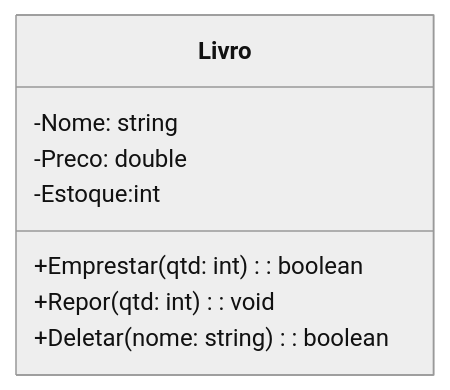
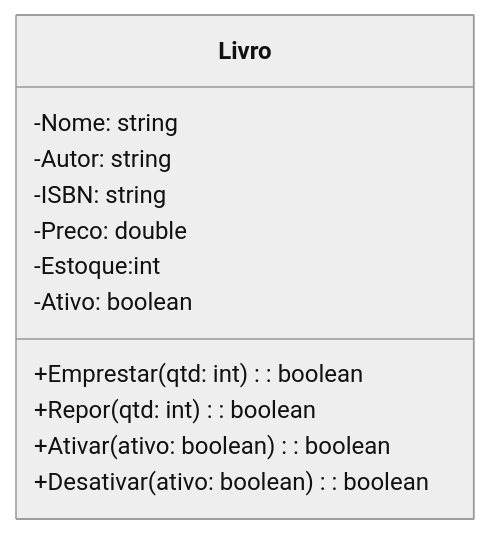
One commit to NataliaNogueira1/ADS_BackEnd changed the fifth of 5 diagrams in lista_01_poo_uml/lista1_oop_uml.md. Above: the diagram before and after it, drawn with Mermaid (neutral theme). The commit also changed other lines of this file, not shown here.

````diff
--- a/lista_01_poo_uml/lista1_oop_uml.md
+++ b/lista_01_poo_uml/lista1_oop_uml.md
@@ -93,11 +95,15 @@
     ```mermaid
         classDiagram
         class Livro {
             -Nome: string
+            -Autor: string
+            -ISBN: string
             -Preco: double
             -Estoque:int
+            -Ativo: boolean
             +Emprestar(qtd: int): boolean
-            +Repor(qtd: int): void
-            +Deletar(nome: string): boolean
+            +Repor(qtd: int): boolean
+            +Ativar(ativo: boolean): boolean
+            +Desativar(ativo: boolean): boolean
         }
     ```
````
